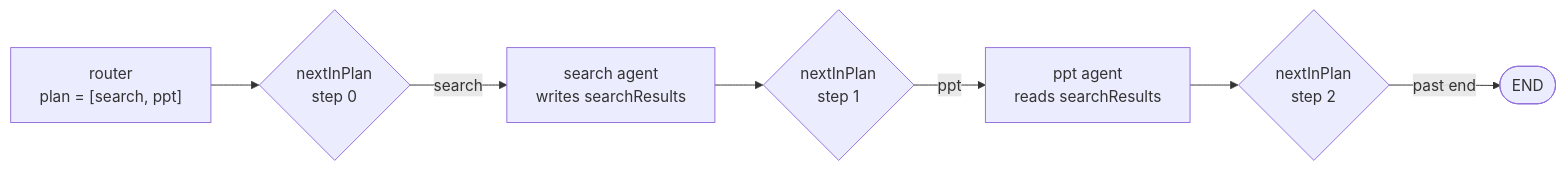
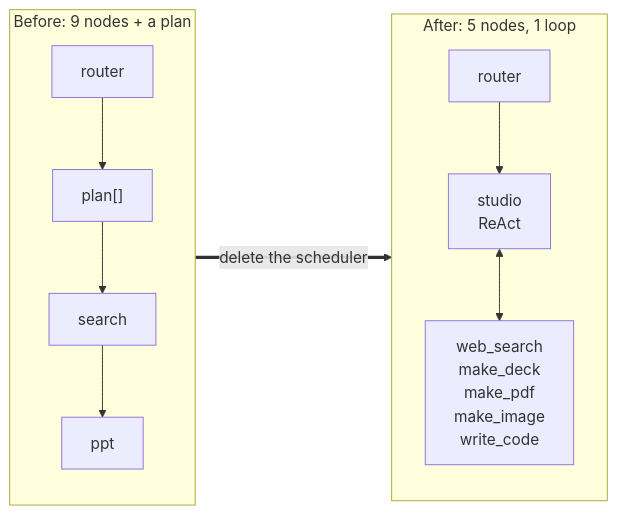
The ninth of 9 diagrams in docs/02-CONCEPTS.md (X-Rachit-X/AI_Secretary), drawn with Mermaid before and after one commit. The commit also changed other lines of this file and 27 other files, not shown here.

First line of the commit message:
refactor: content capabilities are tools, not agents — delete the plan scheduler

````diff
--- a/docs/02-CONCEPTS.md
+++ b/docs/02-CONCEPTS.md
@@ -1556,9 +1557,13 @@
 ```mermaid
 flowchart LR
-    R["router<br/>plan = [search, ppt]"] --> N1{"nextInPlan<br/>step 0"}
-    N1 -->|"search"| S["search agent<br/>writes searchResults"]
-    S --> N2{"nextInPlan<br/>step 1"}
-    N2 -->|"ppt"| P["ppt agent<br/>reads searchResults"]
-    P --> N3{"nextInPlan<br/>step 2"}
-    N3 -->|"past end"| E(["END"])
+    subgraph OLD["Before: 9 nodes + a plan"]
+        R1["router"] --> P["plan[]"] --> S1["search"] --> PP1["ppt"]
+    end
+
+    subgraph NEW["After: 5 nodes, 1 loop"]
+        R2["router"] --> ST["studio<br/>ReAct"]
+        ST <--> T["web_search<br/>make_deck<br/>make_pdf<br/>make_image<br/>write_code"]
+    end
+
+    OLD ==>|"delete the scheduler"| NEW
 ```
````
